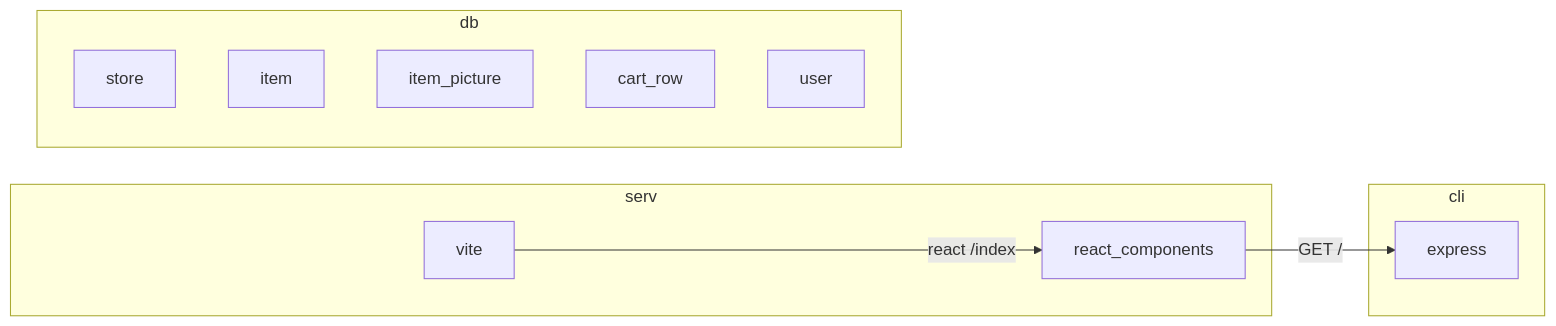
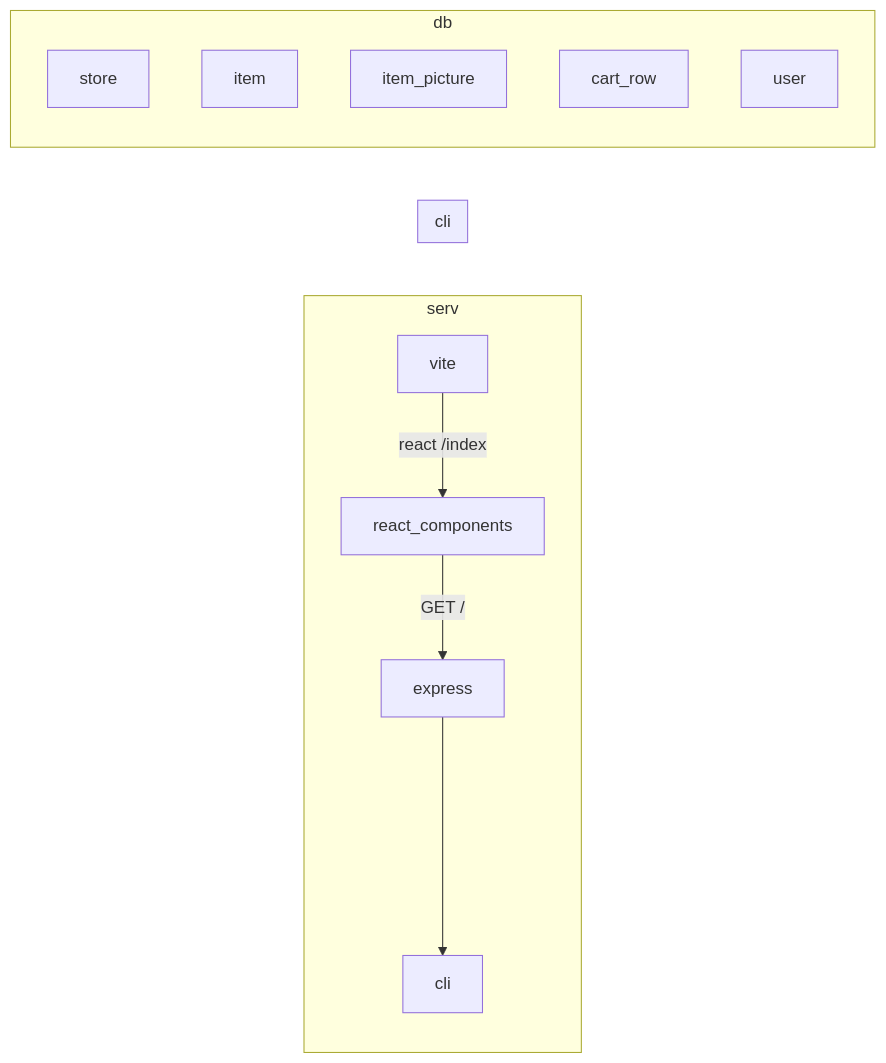
The diagram in system-design/design.md (fractal-bootcamp/fundamentals-drills), drawn with Mermaid before and after one commit. The commit also changed other lines of this file, not shown here.

Commit message:
feat: arch diagram

````diff
--- a/system-design/design.md
+++ b/system-design/design.md
@@ -92,20 +108,20 @@
 ```mermaid
 graph LR
 
 subgraph server [serv]
   vite --"react /index"--> react_components
+  express ----> cli
 end
 
 subgraph client [cli]
   react_components --"GET /"-->express
 end
-
 
 subgraph database [db]
   store
   item
   item_picture
   cart_row
   user
 end
 ```
````
